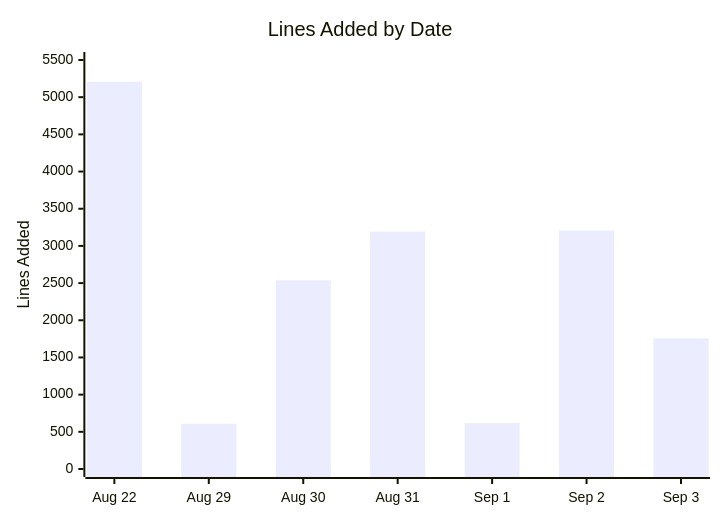
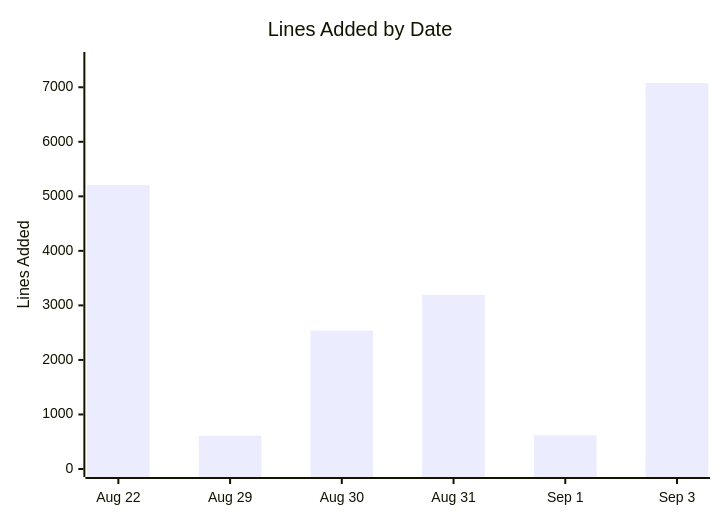
One commit to roger64s/CodeWithKris changed the second of 2 diagrams in docs/PROJECT_SUMMARY.md. Above: the diagram before and after it, drawn with Mermaid. The commit also changed other lines of this file and 36 other files, not shown here.

````diff
--- a/docs/PROJECT_SUMMARY.md
+++ b/docs/PROJECT_SUMMARY.md
@@ -31,7 +31,7 @@
 ```mermaid
 xychart-beta
     title "Lines Added by Date"
-    x-axis ["Aug 22", "Aug 29", "Aug 30", "Aug 31", "Sep 1", "Sep 2", "Sep 3"]
-    y-axis "Lines Added" 0 --> 5500
-    bar [5208, 609, 2538, 3193, 617, 3207, 1756]
+    x-axis ["Aug 22", "Aug 29", "Aug 30", "Aug 31", "Sep 1", "Sep 3"]
+    y-axis "Lines Added" 0 --> 7500
+    bar [5208, 609, 2538, 3193, 617, 7079]
 ```
````
